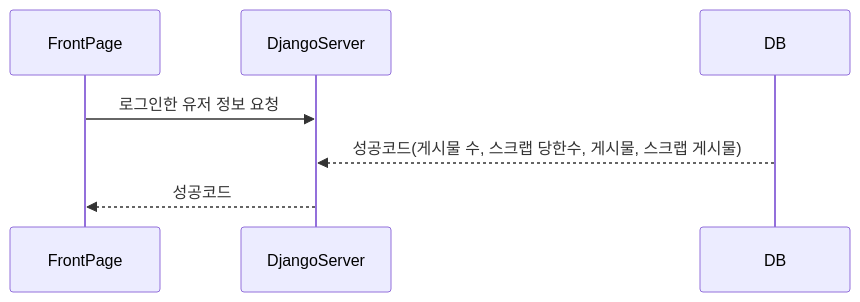
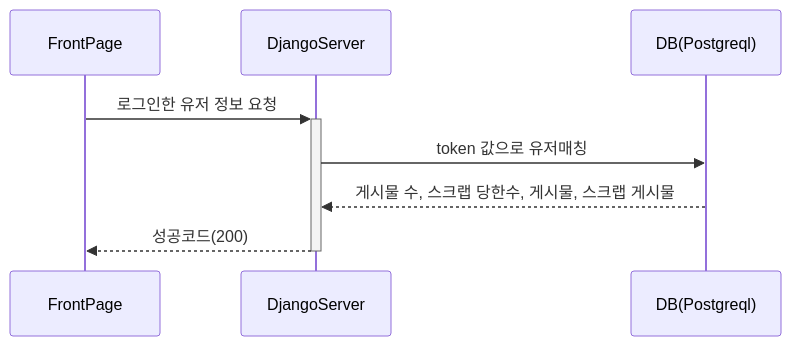
Before and after one commit to seulki119/D-Link: the eighth of 9 diagrams in 참고자료/시퀸스 다이어그램.md, drawn with Mermaid. The commit also changed other lines of this file and 30 other files, not shown here.

`````diff
--- a/참고자료/시퀸스 다이어그램.md
+++ b/참고자료/시퀸스 다이어그램.md
@@ -119,10 +138,10 @@
 ````mermaid
 sequenceDiagram
 
 
 
-FrontPage ->> DjangoServer : 로그인한 유저 정보 요청
-
-DB -->> DjangoServer : 성공코드(게시물 수, 스크랩 당한수, 게시물, 스크랩 게시물)
-DjangoServer -->> FrontPage : 성공코드
+FrontPage ->>+ DjangoServer : 로그인한 유저 정보 요청
+DjangoServer ->> DB(Postgreql) : token 값으로 유저매칭
+DB(Postgreql) -->> DjangoServer : 게시물 수, 스크랩 당한수, 게시물, 스크랩 게시물
+DjangoServer -->>- FrontPage : 성공코드(200)
 ````
`````
